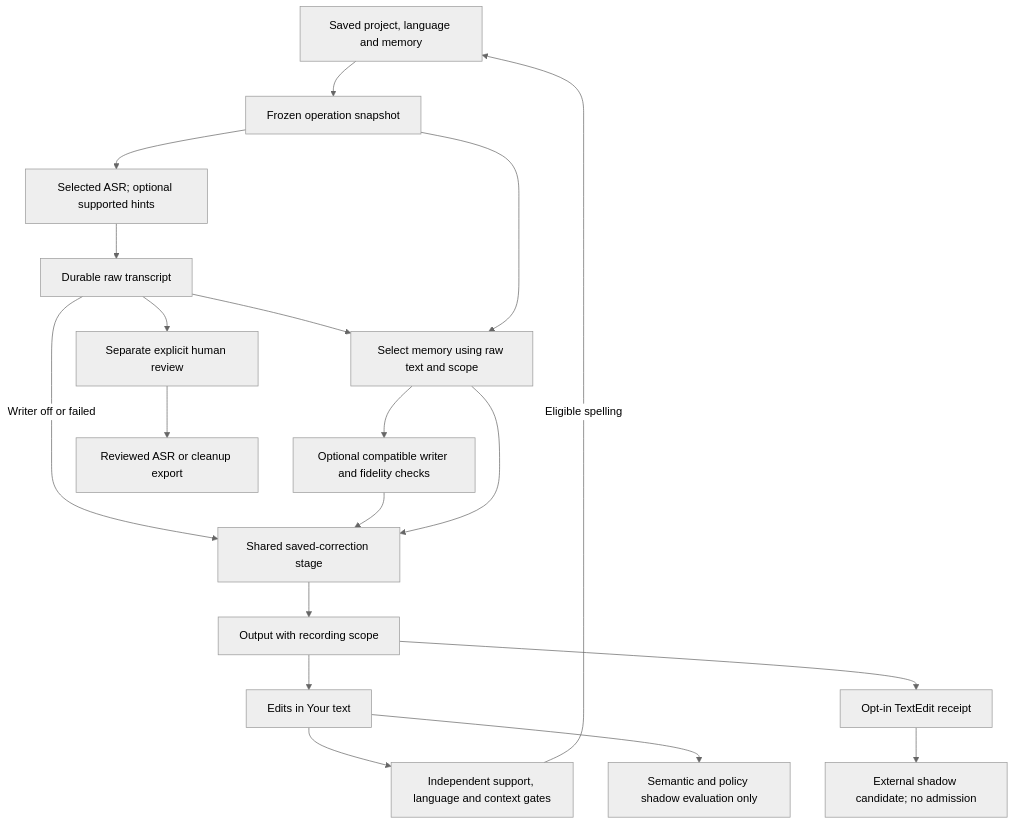
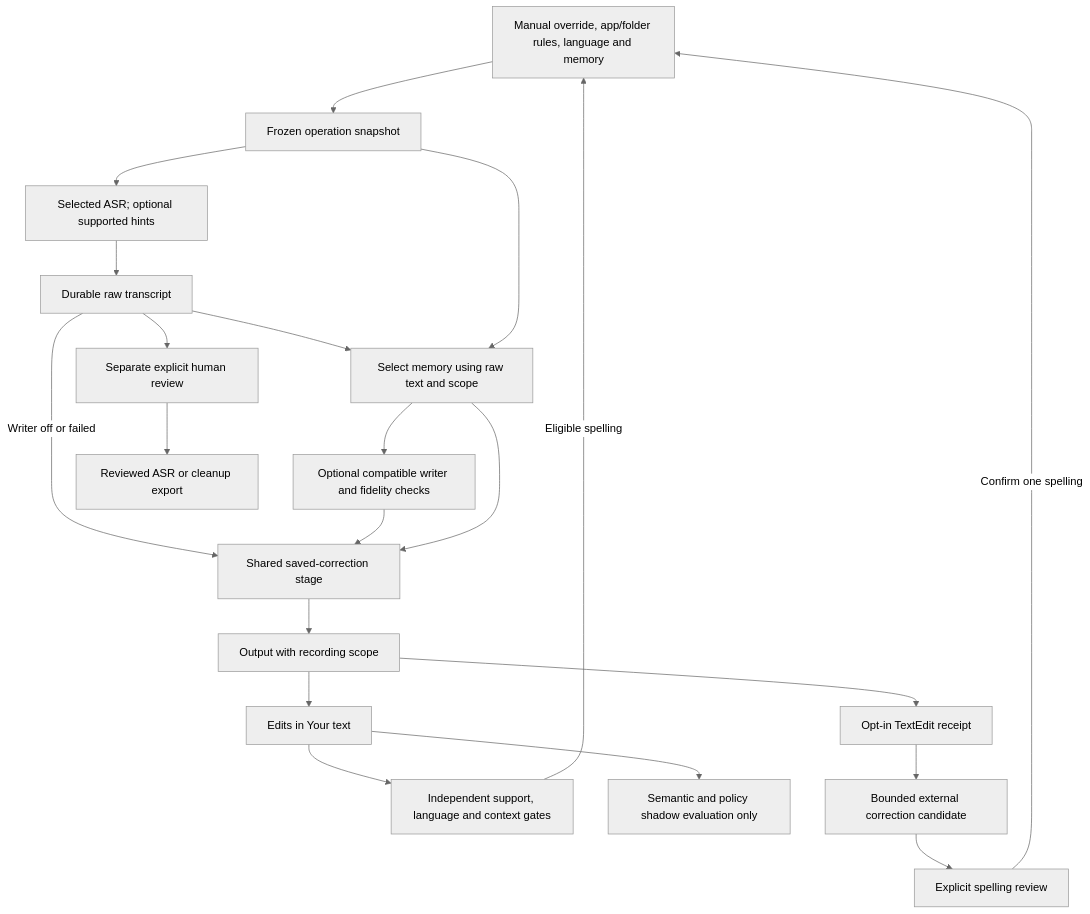
One commit to rahulsharmavishwakarma/vesper changed the third of 3 diagrams in docs/architecture.md. Above: the diagram before and after it, drawn with Mermaid (neutral theme). The commit also changed other lines of this file and 4 other files, not shown here.

````diff
--- a/docs/architecture.md
+++ b/docs/architecture.md
@@ -113,21 +114,23 @@
 ```mermaid
 flowchart TD
-    P["Saved project, language and memory"] --> S["Frozen operation snapshot"]
+    P["Manual override, app/folder rules, language and memory"] --> S["Frozen operation snapshot"]
     S --> A["Selected ASR; optional supported hints"]
     A --> R["Durable raw transcript"]
     R --> C["Select memory using raw text and scope"]
     S --> C
     C --> W["Optional compatible writer and fidelity checks"]
     R -->|"Writer off or failed"| M["Shared saved-correction stage"]
     W --> M
     C --> M
     M --> O["Output with recording scope"]
     O --> E["Edits in Your text"]
     E --> G["Independent support, language and context gates"]
     G -->|"Eligible spelling"| P
     E --> Q["Semantic and policy shadow evaluation only"]
     O --> T["Opt-in TextEdit receipt"]
-    T --> X["External shadow candidate; no admission"]
+    T --> X["Bounded external correction candidate"]
+    X --> V["Explicit spelling review"]
+    V -->|"Confirm one spelling"| P
     R --> H["Separate explicit human review"]
     H --> D["Reviewed ASR or cleanup export"]
 ```
````
